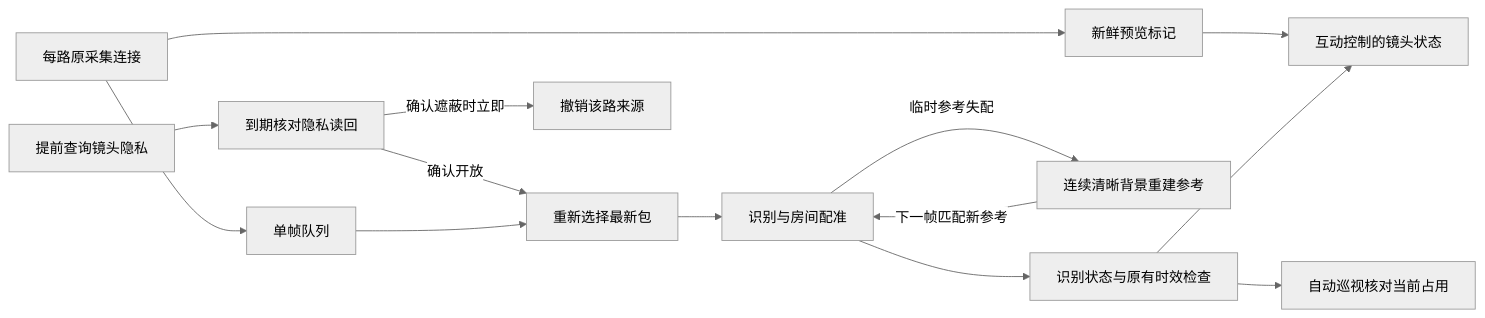
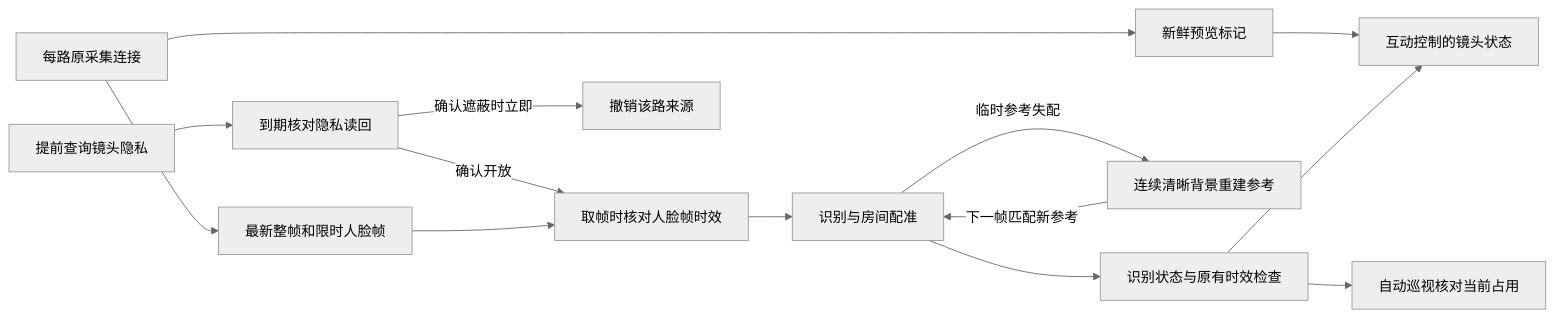
Before and after one commit to Geeprox/Friday: the fifth of 38 diagrams in docs/architecture.md, drawn with Mermaid (neutral theme). The commit also changed other lines of this file and 12 other files, not shown here.

````diff
--- a/docs/architecture.md
+++ b/docs/architecture.md
@@ -185,16 +188,16 @@
 ```mermaid
 flowchart LR
   A[每路原采集连接] --> B[新鲜预览标记]
-  A --> C[单帧队列]
+  A --> C[最新整帧和限时人脸帧]
   D[提前查询镜头隐私] --> K[到期核对隐私读回]
-  K -->|确认开放| E[重新选择最新包]
+  K -->|确认开放| E[取帧时核对人脸帧时效]
   K -->|确认遮蔽时立即| L[撤销该路来源]
   C --> E
   E --> F[识别与房间配准]
   F -->|临时参考失配| M[连续清晰背景重建参考]
   M -->|下一帧匹配新参考| F
   F --> G[识别状态与原有时效检查]
   G --> I[自动巡视核对当前占用]
   B --> H[互动控制的镜头状态]
   G --> H
 ```
````
